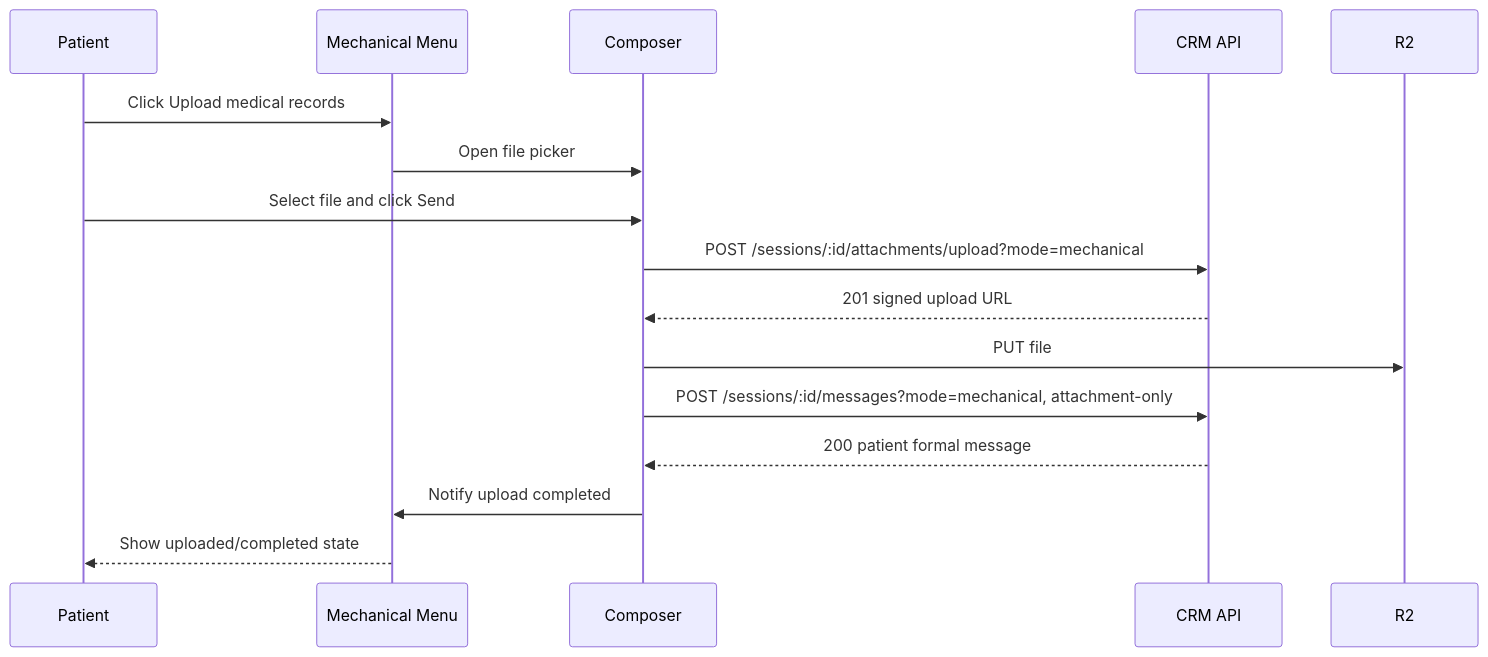
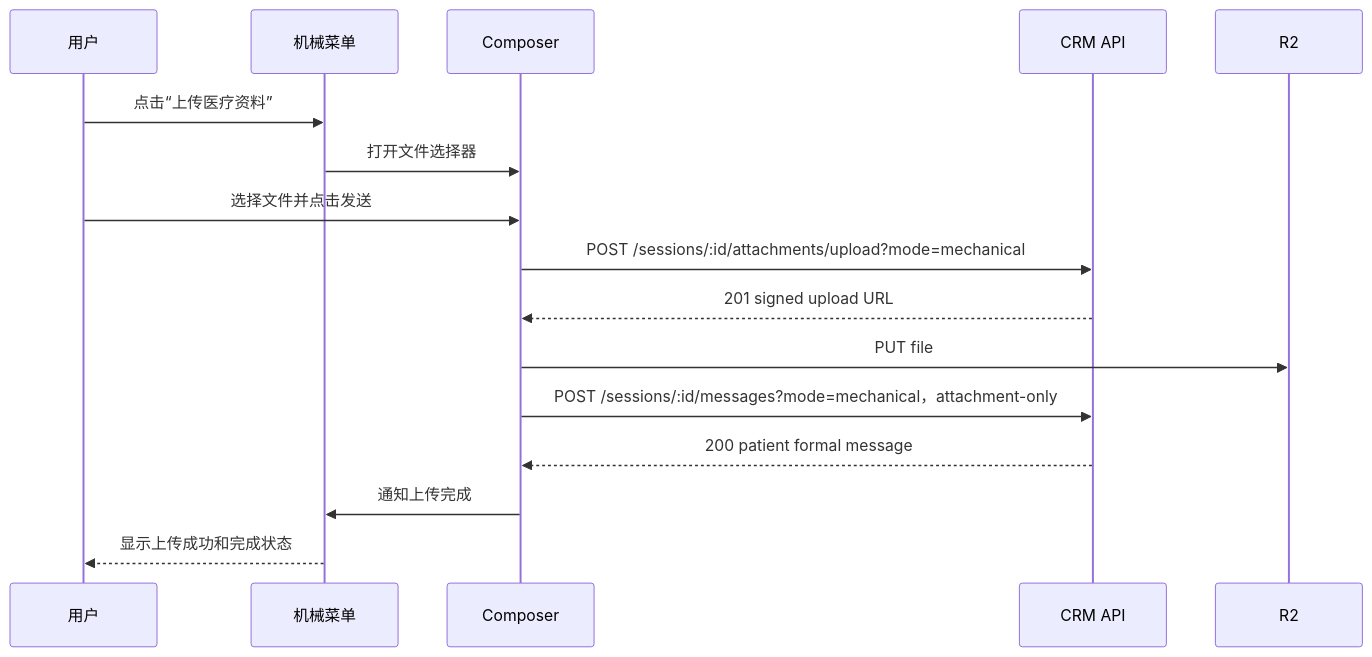
The second of 4 diagrams in docs/superpowers/specs/2026-06-02-mechanical-chat-state-machine-analysis.md (wahaHub/medicaltourismchina-platform), drawn with Mermaid before and after one commit. The commit also changed other lines of this file, not shown here.

First line of the commit message:
docs(chatbot): translate mechanical state spec

````diff
--- a/docs/superpowers/specs/2026-06-02-mechanical-chat-state-machine-analysis.md
+++ b/docs/superpowers/specs/2026-06-02-mechanical-chat-state-machine-analysis.md
@@ -44,19 +50,19 @@
 ```mermaid
 sequenceDiagram
-  participant U as Patient
-  participant M as Mechanical Menu
+  participant U as 用户
+  participant M as 机械菜单
   participant C as Composer
   participant API as CRM API
   participant R2 as R2
 
-  U->>M: Click Upload medical records
-  M->>C: Open file picker
-  U->>C: Select file and click Send
+  U->>M: 点击“上传医疗资料”
+  M->>C: 打开文件选择器
+  U->>C: 选择文件并点击发送
   C->>API: POST /sessions/:id/attachments/upload?mode=mechanical
   API-->>C: 201 signed upload URL
   C->>R2: PUT file
-  C->>API: POST /sessions/:id/messages?mode=mechanical, attachment-only
+  C->>API: POST /sessions/:id/messages?mode=mechanical，attachment-only
   API-->>C: 200 patient formal message
-  C->>M: Notify upload completed
-  M-->>U: Show uploaded/completed state
+  C->>M: 通知上传完成
+  M-->>U: 显示上传成功和完成状态
 ```
````
